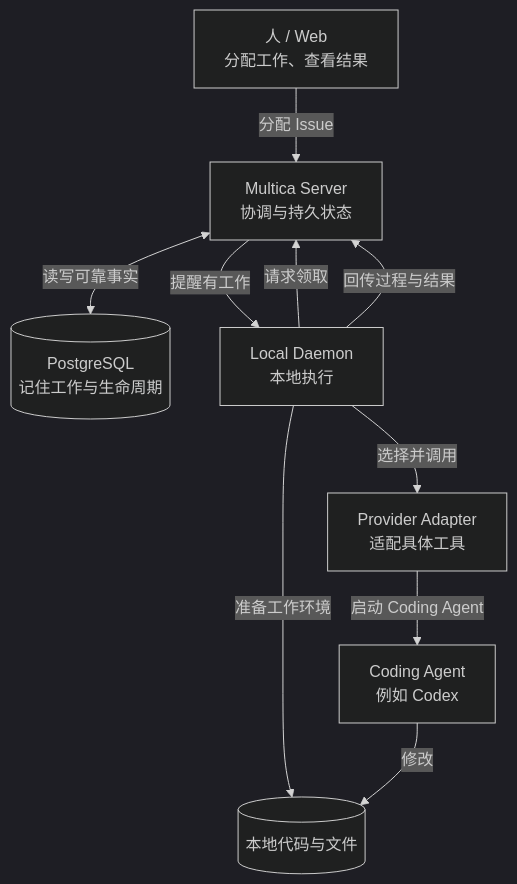
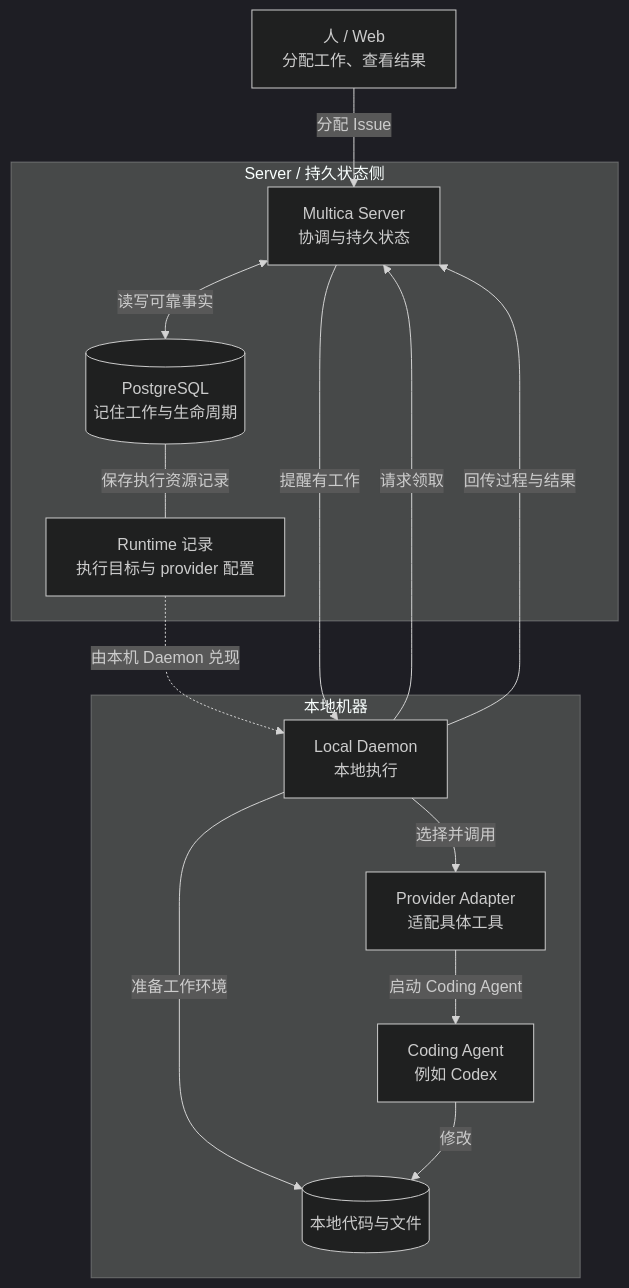
Before and after one commit to QinWeijia111/multica-learning: the first of 4 diagrams in site/src/content/tutorials/run-lifecycle.mdx, drawn with Mermaid (dark theme). The commit also changed other lines of this file and 4 other files, not shown here.

````diff
--- a/site/src/content/tutorials/run-lifecycle.mdx
+++ b/site/src/content/tutorials/run-lifecycle.mdx
@@ -27,20 +42,27 @@
 ```mermaid
 flowchart TD
     human["人 / Web<br/>分配工作、查看结果"]
-    server["Multica Server<br/>协调与持久状态"]
-    state[("PostgreSQL<br/>记住工作与生命周期")]
-    daemon["Local Daemon<br/>本地执行"]
-    adapter["Provider Adapter<br/>适配具体工具"]
-    agent["Coding Agent<br/>例如 Codex"]
-    files[("本地代码与文件")]
+    subgraph control["Server / 持久状态侧"]
+        server["Multica Server<br/>协调与持久状态"]
+        state[("PostgreSQL<br/>记住工作与生命周期")]
+        runtime["Runtime 记录<br/>执行目标与 provider 配置"]
+    end
+    subgraph local["本地机器"]
+        daemon["Local Daemon<br/>本地执行"]
+        adapter["Provider Adapter<br/>适配具体工具"]
+        agent["Coding Agent<br/>例如 Codex"]
+        files[("本地代码与文件")]
+    end
 
     human -->|分配 Issue| server
     server <-->|读写可靠事实| state
+    state ---|保存执行资源记录| runtime
+    runtime -.->|由本机 Daemon 兑现| daemon
     server -->|提醒有工作| daemon
     daemon -->|请求领取| server
     daemon -->|准备工作环境| files
     daemon -->|选择并调用| adapter
     adapter -->|启动 Coding Agent| agent
     agent -->|修改| files
     daemon -->|回传过程与结果| server
 ```
````
